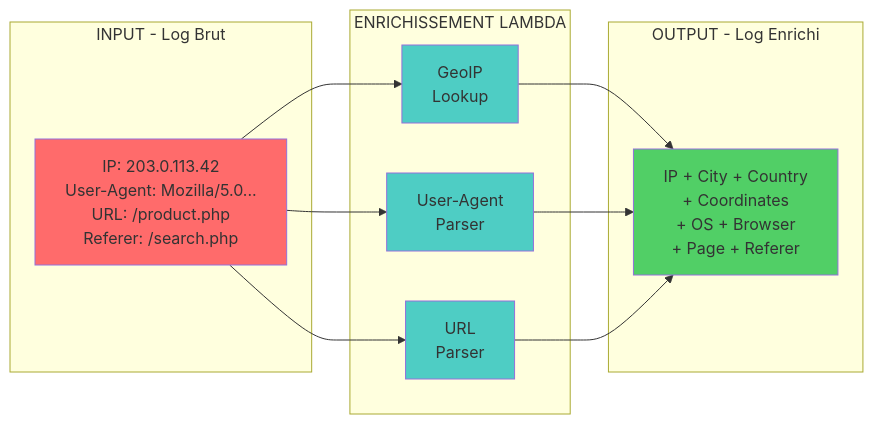
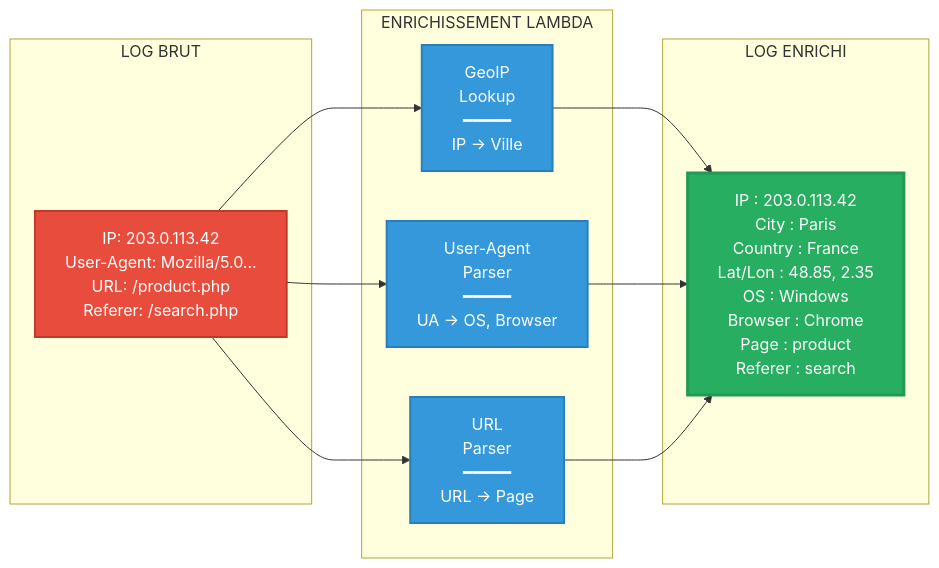
The diagram in FORMATION-PROFESSIONNELLE-PARTIE-1/01-COURS/MODULE-03-Transformation-Lambda.md (inskillflow/AWS-Streaming-Analytics-Pipeline-Kinesis-Firehose-Lambda-OpenSearch), drawn with Mermaid before and after one commit. The commit also changed 5 other files, not shown here.

````diff
--- a/FORMATION-PROFESSIONNELLE-PARTIE-1/01-COURS/MODULE-03-Transformation-Lambda.md
+++ b/FORMATION-PROFESSIONNELLE-PARTIE-1/01-COURS/MODULE-03-Transformation-Lambda.md
@@ -113,29 +113,29 @@
 ```mermaid
 graph LR
-    subgraph "INPUT - Log Brut"
-        A[IP: 203.0.113.42<br/>User-Agent: Mozilla/5.0...<br/>URL: /product.php<br/>Referer: /search.php]
+    subgraph INPUT["LOG BRUT"]
+        A["IP: 203.0.113.42<br/>User-Agent: Mozilla/5.0...<br/>URL: /product.php<br/>Referer: /search.php"]
     end
     
-    subgraph "ENRICHISSEMENT LAMBDA"
-        B[GeoIP<br/>Lookup]
-        C[User-Agent<br/>Parser]
-        D[URL<br/>Parser]
+    subgraph ENRICH["ENRICHISSEMENT LAMBDA"]
+        B[GeoIP<br/>Lookup<br/>━━━━━<br/>IP → Ville]
+        C[User-Agent<br/>Parser<br/>━━━━━<br/>UA → OS, Browser]
+        D[URL<br/>Parser<br/>━━━━━<br/>URL → Page]
     end
     
-    subgraph "OUTPUT - Log Enrichi"
-        E[IP + City + Country<br/>+ Coordinates<br/>+ OS + Browser<br/>+ Page + Referer]
+    subgraph OUTPUT["LOG ENRICHI"]
+        E["IP : 203.0.113.42<br/>City : Paris<br/>Country : France<br/>Lat/Lon : 48.85, 2.35<br/>OS : Windows<br/>Browser : Chrome<br/>Page : product<br/>Referer : search"]
     end
     
     A --> B
     A --> C
     A --> D
     B --> E
     C --> E
     D --> E
     
-    style A fill:#ff6b6b
-    style E fill:#51cf66
-    style B fill:#4ecdc4
-    style C fill:#4ecdc4
-    style D fill:#4ecdc4
+    style A fill:#e74c3c,stroke:#c0392b,stroke-width:2px,color:#fff
+    style E fill:#27ae60,stroke:#229954,stroke-width:3px,color:#fff
+    style B fill:#3498db,stroke:#2980b9,stroke-width:2px,color:#fff
+    style C fill:#3498db,stroke:#2980b9,stroke-width:2px,color:#fff
+    style D fill:#3498db,stroke:#2980b9,stroke-width:2px,color:#fff
 ```
````
